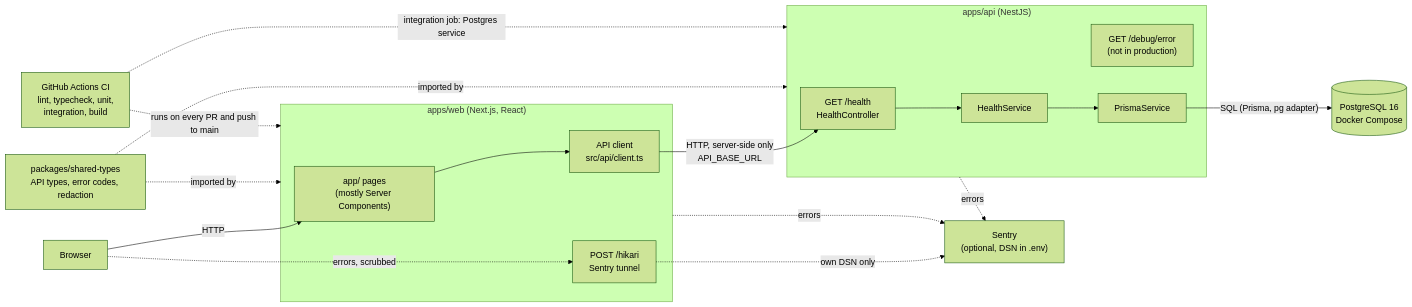
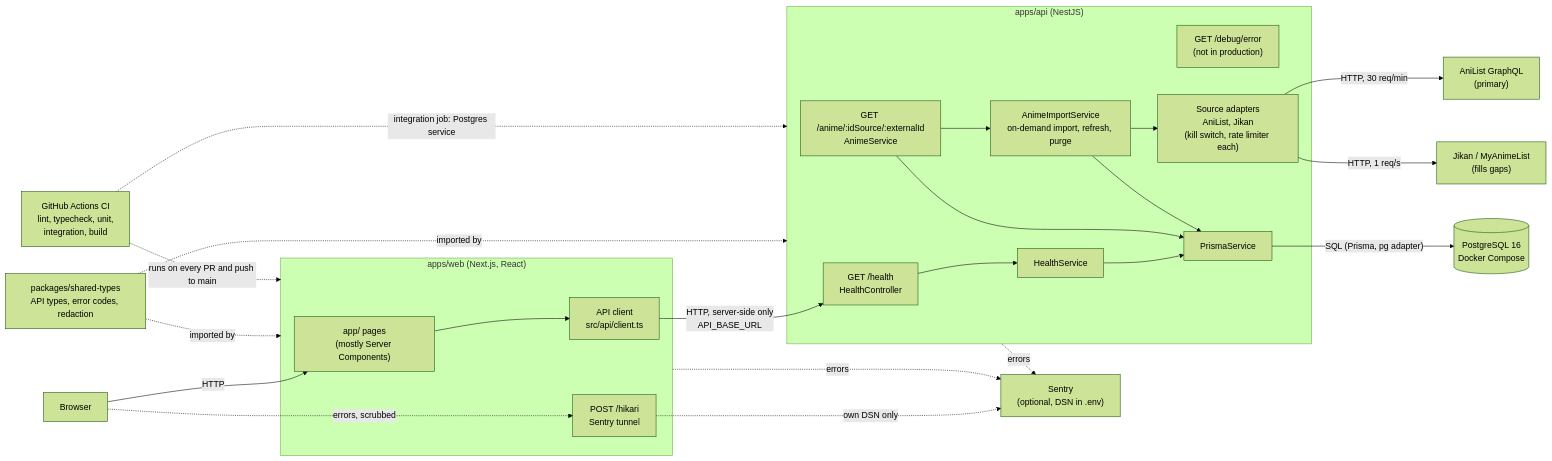
The diagram in docs/architecture.md (otakuLeague/otakuleague-core), drawn with Mermaid (forest theme) before and after one commit. The commit also changed other lines of this file and 43 other files, not shown here.

Commit message:
feat(OTA-92): anime data model and on-demand import (#22)

````diff
--- a/docs/architecture.md
+++ b/docs/architecture.md
@@ -5,39 +5,50 @@
 ```mermaid
 flowchart LR
   browser["Browser"]
 
   subgraph web["apps/web (Next.js, React)"]
     pages["app/ pages<br/>(mostly Server Components)"]
     client["API client<br/>src/api/client.ts"]
     tunnel["POST /hikari<br/>Sentry tunnel"]
   end
 
   subgraph api["apps/api (NestJS)"]
     health["GET /health<br/>HealthController"]
     healthSvc["HealthService"]
     debug["GET /debug/error<br/>(not in production)"]
+    animeApi["GET /anime/:idSource/:externalId<br/>AnimeService"]
+    importer["AnimeImportService<br/>on-demand import, refresh, purge"]
+    adapters["Source adapters<br/>AniList, Jikan<br/>(kill switch, rate limiter each)"]
     prisma["PrismaService"]
   end
+
+  anilistApi["AniList GraphQL<br/>(primary)"]
+  jikanApi["Jikan / MyAnimeList<br/>(fills gaps)"]
 
   shared["packages/shared-types<br/>API types, error codes, redaction"]
   db[("PostgreSQL 16<br/>Docker Compose")]
   sentry["Sentry<br/>(optional, DSN in .env)"]
   ci["GitHub Actions CI<br/>lint, typecheck, unit,<br/>integration, build"]
 
   browser -->|HTTP| pages
   pages --> client
   client -->|"HTTP, server-side only<br/>API_BASE_URL"| health
   health --> healthSvc --> prisma
+  animeApi --> importer --> adapters
+  animeApi --> prisma
+  importer --> prisma
+  adapters -->|"HTTP, 30 req/min"| anilistApi
+  adapters -->|"HTTP, 1 req/s"| jikanApi
   prisma -->|"SQL (Prisma, pg adapter)"| db
 
   shared -.->|imported by| web
   shared -.->|imported by| api
 
   browser -.->|"errors, scrubbed"| tunnel
   tunnel -.->|"own DSN only"| sentry
   web -.->|errors| sentry
   api -.->|errors| sentry
 
   ci -.->|"runs on every PR and push to main"| web
   ci -.->|"integration job: Postgres service"| api
 ```
````
